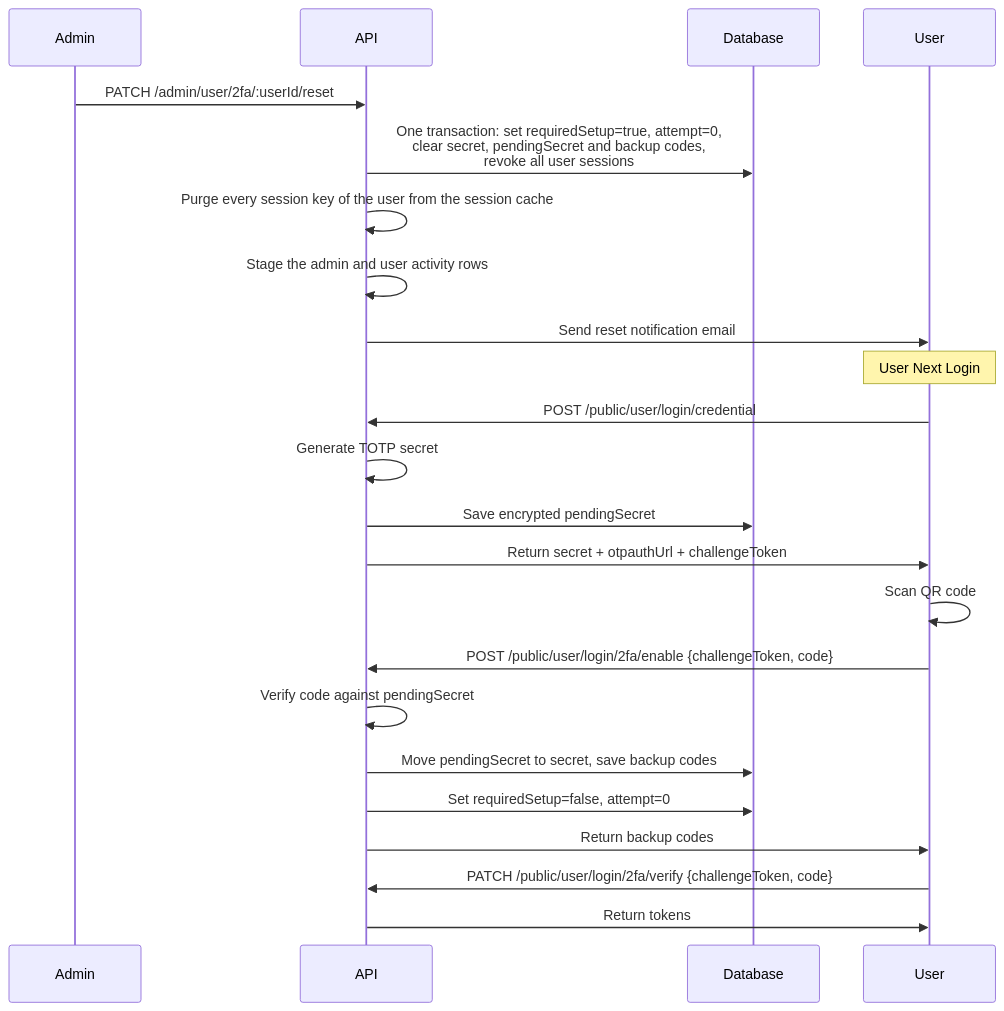
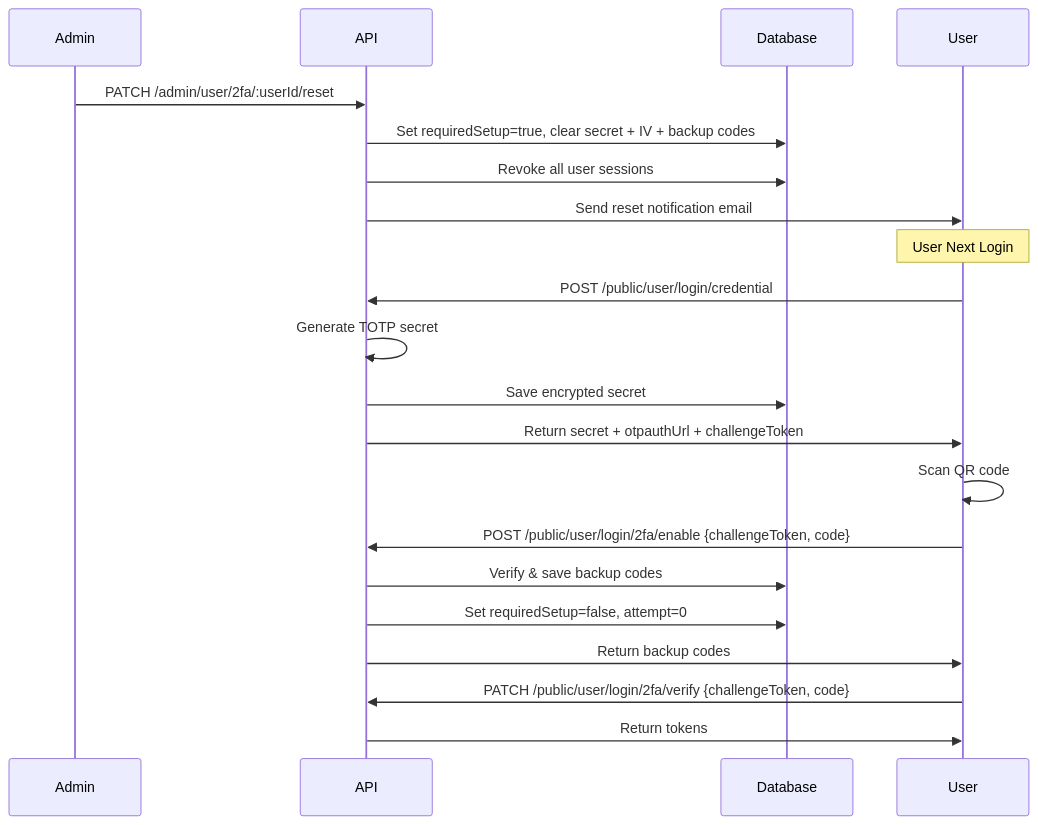
The third of 9 diagrams in docs/two-factor.md (andrechristikan/ack-nestjs-boilerplate), drawn with Mermaid before and after one commit. The commit also changed other lines of this file and 1480 other files, not shown here.

````diff
--- a/docs/two-factor.md
+++ b/docs/two-factor.md
@@ -287,27 +255,25 @@
 ```mermaid
 sequenceDiagram
     participant Admin
     participant API
     participant Database
     participant User
 
     Admin->>API: PATCH /admin/user/2fa/:userId/reset
-    API->>Database: One transaction: set requiredSetup=true, attempt=0,<br/>clear secret, pendingSecret and backup codes,<br/>revoke all user sessions
-    API->>API: Purge every session key of the user from the session cache
-    API->>API: Stage the admin and user activity rows
+    API->>Database: Set requiredSetup=true, clear secret + IV + backup codes
+    API->>Database: Revoke all user sessions
     API->>User: Send reset notification email
     
     Note over User: User Next Login
     User->>API: POST /public/user/login/credential
     API->>API: Generate TOTP secret
-    API->>Database: Save encrypted pendingSecret
+    API->>Database: Save encrypted secret
     API->>User: Return secret + otpauthUrl + challengeToken
     User->>User: Scan QR code
     User->>API: POST /public/user/login/2fa/enable {challengeToken, code}
-    API->>API: Verify code against pendingSecret
-    API->>Database: Move pendingSecret to secret, save backup codes
+    API->>Database: Verify & save backup codes
     API->>Database: Set requiredSetup=false, attempt=0
     API->>User: Return backup codes
     User->>API: PATCH /public/user/login/2fa/verify {challengeToken, code}
     API->>User: Return tokens
 ```
````
